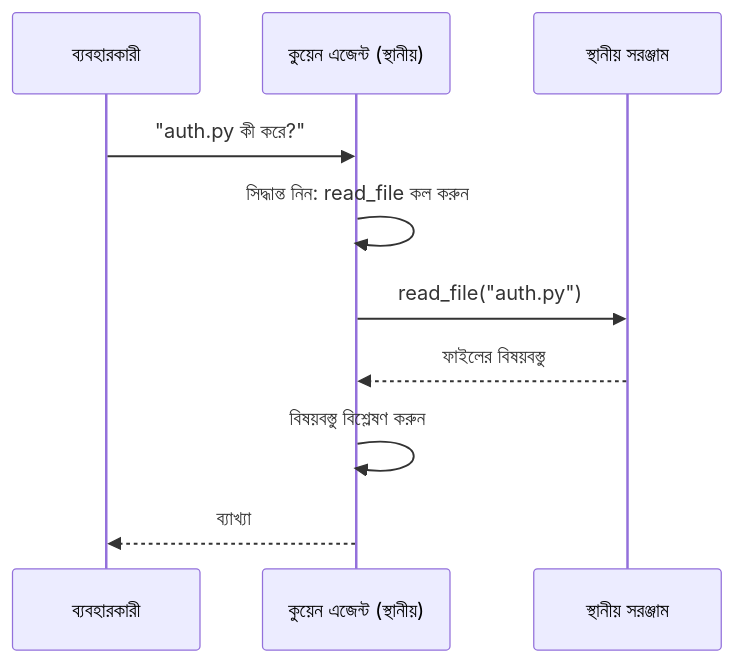
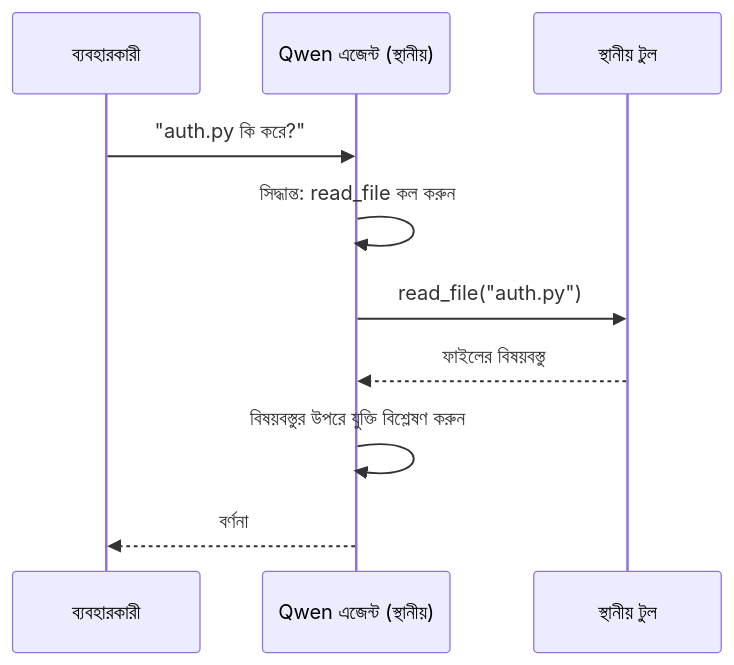
The second of 4 diagrams in mirrors/repos/microsoft@ai-agents-for-beginners/translations/bn/17-creating-local-ai-agents/README.md (gabrielmoreira/agent-skills-mirror), drawn with Mermaid before and after one commit. The commit also changed other lines of this file and 4262 other files, not shown here.

````diff
--- a/mirrors/repos/microsoft@ai-agents-for-beginners/translations/bn/17-creating-local-ai-agents/README.md
+++ b/mirrors/repos/microsoft@ai-agents-for-beginners/translations/bn/17-creating-local-ai-agents/README.md
@@ -106,12 +106,12 @@
 ```mermaid
 sequenceDiagram
     participant U as ব্যবহারকারী
-    participant A as কুয়েন এজেন্ট (স্থানীয়)
-    participant T as স্থানীয় সরঞ্জাম
-    U->>A: "auth.py কী করে?"
-    A->>A: সিদ্ধান্ত নিন: read_file কল করুন
+    participant A as Qwen এজেন্ট (স্থানীয়)
+    participant T as স্থানীয় টুল
+    U->>A: "auth.py কি করে?"
+    A->>A: সিদ্ধান্ত: read_file কল করুন
     A->>T: read_file("auth.py")
     T-->>A: ফাইলের বিষয়বস্তু
-    A->>A: বিষয়বস্তু বিশ্লেষণ করুন
-    A-->>U: ব্যাখ্যা
+    A->>A: বিষয়বস্তুর উপরে যুক্তি বিশ্লেষণ করুন
+    A-->>U: বর্ণনা
 ```
````
